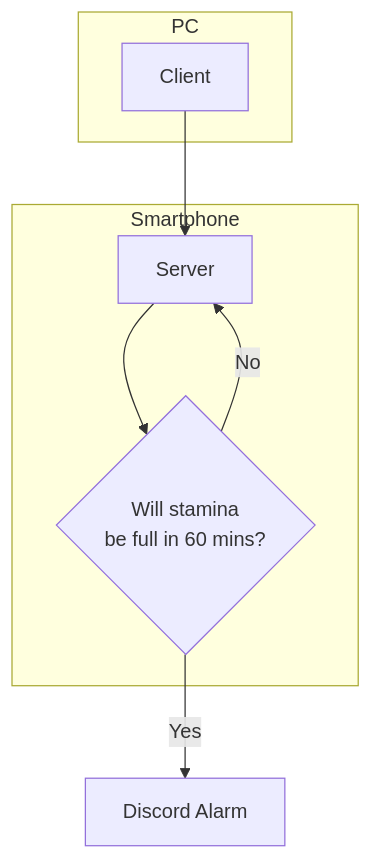
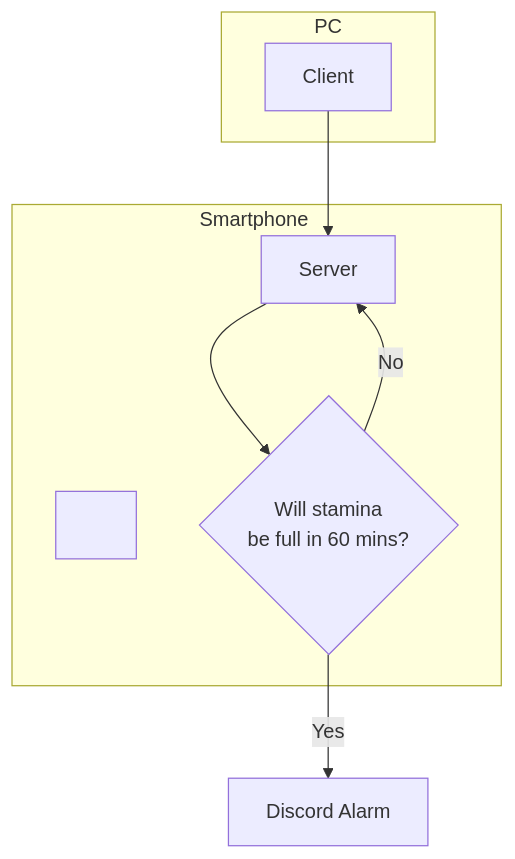
Before and after one commit to 201710808/Game-Stamina-Alarm: the diagram in README.md, drawn with Mermaid.

````diff
--- a/README.md
+++ b/README.md
@@ -5,12 +5,12 @@
 ```mermaid
 graph TB;
     subgraph PC;
     Client;
     end;
-    subgraph Smartphone;
+    subgraph Smartphone&nbsp;&nbsp;&nbsp;;
     Client-->Server;
     Server-->Condition{"Will stamina\nbe full in 60 mins?"};
     end;
     Condition-->|"No"|Server;
     Condition-->|"Yes"|Alarm["Discord Alarm"];
 ```
````
